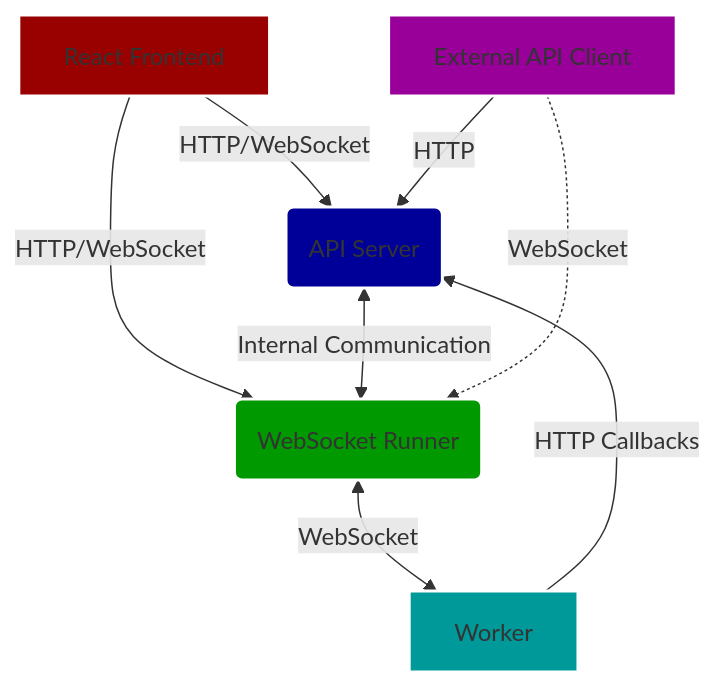
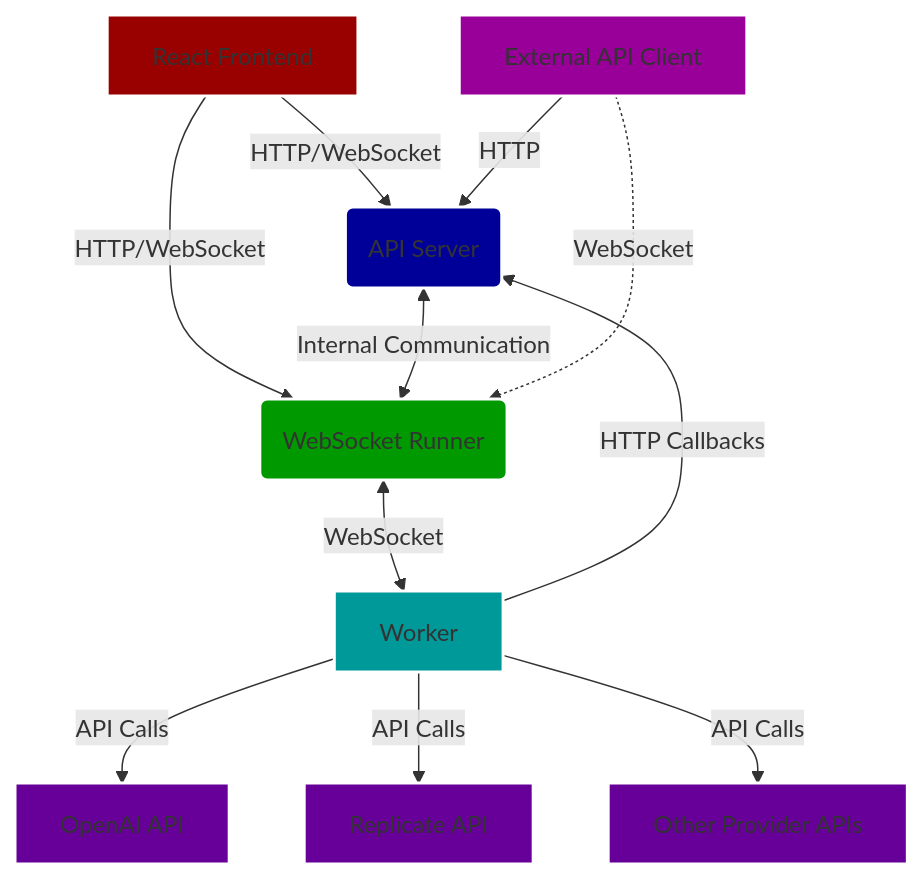
One commit to nodetool-ai/nodetool changed the diagram in README.md. Above: the diagram before and after it, drawn with Mermaid.

Commit message:
improve graph

````diff
--- a/README.md
+++ b/README.md
@@ -102,21 +102,26 @@
 ```mermaid
 graph TD
     A[React Frontend] -->|HTTP/WebSocket| B(API Server)
     A -->|HTTP/WebSocket| C(WebSocket Runner)
     B <-->|Internal Communication| C
     C <-->|WebSocket| D[Worker]
     D -->|HTTP Callbacks| B
     E[External API Client] -->|HTTP| B
     E -.->|WebSocket| C
+    D -->|API Calls| F[OpenAI API]
+    D -->|API Calls| G[Replicate API]
+    D -->|API Calls| H[Other Provider APIs]
     classDef default fill:#333,stroke:#fff,stroke-width:2px;
     classDef frontend fill:#900;
     classDef server fill:#009;
     classDef runner fill:#090;
     classDef worker fill:#099;
     classDef external fill:#909;
+    classDef provider fill:#609;
     class A frontend;
     class B server;
     class C runner;
     class D worker;
     class E external;
+    class F,G,H provider;
 ```
````
